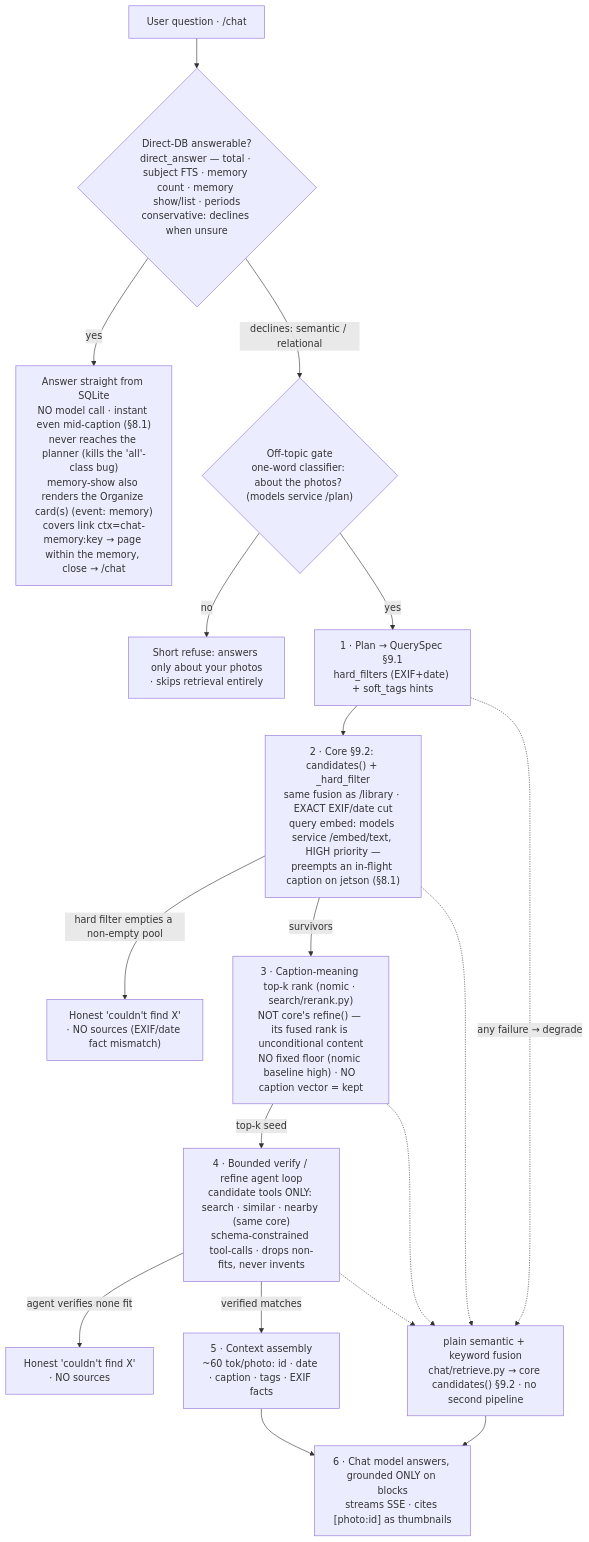
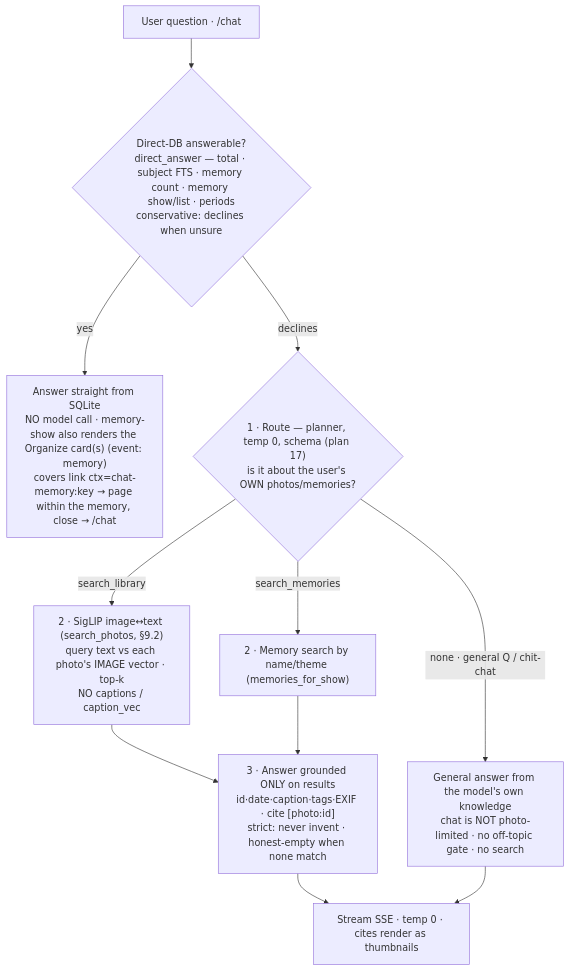
Before and after one commit to sadensmol/ivms777: the fifth of 6 diagrams in docs/design.md, drawn with Mermaid. The commit also changed other lines of this file and 44 other files, not shown here.

````diff
--- a/docs/design.md
+++ b/docs/design.md
@@ -1444,21 +1360,13 @@
 ```mermaid
 flowchart TB
     quest["User question · /chat"] --> direct{"Direct-DB answerable?<br/>direct_answer — total · subject FTS · memory count · memory show/list · periods<br/>conservative: declines when unsure"}
-    direct -->|yes| dbans["Answer straight from SQLite<br/>NO model call · instant even mid-caption (§8.1)<br/>never reaches the planner (kills the 'all'-class bug)<br/>memory-show also renders the Organize card(s) (event: memory)<br/>covers link ctx=chat-memory:key → page within the memory, close → /chat"]
-    direct -->|declines: semantic / relational| gate{"Off-topic gate<br/>one-word classifier: about the photos? (models service /plan)"}
-    gate -->|no| refuse["Short refuse: answers only about your photos<br/>· skips retrieval entirely"]
-    gate -->|yes| plan["1 · Plan → QuerySpec §9.1<br/>hard_filters (EXIF+date) + soft_tags hints"]
-    plan --> core["2 · Core §9.2: candidates() + _hard_filter<br/>same fusion as /library · EXACT EXIF/date cut<br/>query embed: models service /embed/text, HIGH priority —<br/>preempts an in-flight caption on jetson (§8.1)"]
-    core -->|hard filter empties a non-empty pool| honestfilter["Honest 'couldn't find X'<br/>· NO sources (EXIF/date fact mismatch)"]
-    core -->|survivors| rerank["3 · Caption-meaning top-k rank (nomic · search/rerank.py)<br/>NOT core's refine() — its fused rank is unconditional content<br/>NO fixed floor (nomic baseline high) · NO caption vector = kept"]
-    rerank -->|top-k seed| loop["4 · Bounded verify / refine agent loop<br/>candidate tools ONLY: search · similar · nearby (same core)<br/>schema-constrained tool-calls · drops non-fits, never invents"]
-    loop -->|agent verifies none fit| honest["Honest 'couldn't find X'<br/>· NO sources"]
-    loop -->|verified matches| ctx["5 · Context assembly<br/>~60 tok/photo: id · date · caption · tags · EXIF facts"]
-    ctx --> ans["6 · Chat model answers, grounded ONLY on blocks<br/>streams SSE · cites [photo:id] as thumbnails"]
-
-    plan -.->|any failure → degrade| fb["plain semantic + keyword fusion<br/>chat/retrieve.py → core candidates() §9.2 · no second pipeline"]
-    core -.-> fb
-    rerank -.-> fb
-    loop -.-> fb
-    fb --> ans
+    direct -->|yes| dbans["Answer straight from SQLite<br/>NO model call · memory-show also renders the Organize card(s) (event: memory)<br/>covers link ctx=chat-memory:key → page within the memory, close → /chat"]
+    direct -->|declines| route{"1 · Route — planner, temp 0, schema (plan 17)<br/>is it about the user's OWN photos/memories?"}
+    route -->|search_library| lib["2 · SigLIP image↔text (search_photos, §9.2)<br/>query text vs each photo's IMAGE vector · top-k<br/>NO captions / caption_vec"]
+    route -->|search_memories| mem["2 · Memory search by name/theme (memories_for_show)"]
+    route -->|none · general Q / chit-chat| gen["General answer from the model's own knowledge<br/>chat is NOT photo-limited · no off-topic gate · no search"]
+    lib --> ground["3 · Answer grounded ONLY on results<br/>id·date·caption·tags·EXIF · cite [photo:id]<br/>strict: never invent · honest-empty when none match"]
+    mem --> ground
+    ground --> ans["Stream SSE · temp 0 · cites render as thumbnails"]
+    gen --> ans
 ```
````
